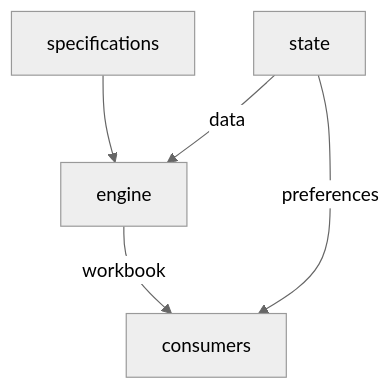
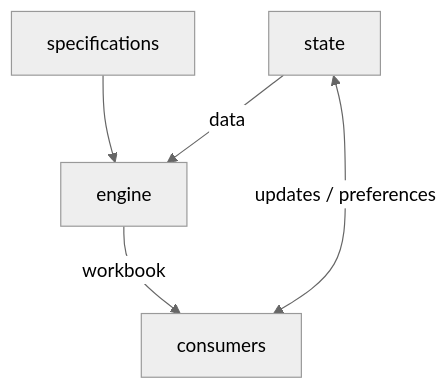
One commit to wllmwu/thumbtax changed the diagram in plan/index.md. Above: the diagram before and after it, drawn with Mermaid (neutral theme). The commit also changed other lines of this file, not shown here.

````diff
--- a/plan/index.md
+++ b/plan/index.md
@@ -209,12 +209,12 @@
 ```mermaid
 graph
   specifications
   state
   engine
   consumers
 
   specifications --> engine
   state -- data --> engine
   engine -- workbook --> consumers
-  state -- preferences --> consumers
+  state <-- updates / preferences --> consumers
 ```
````
